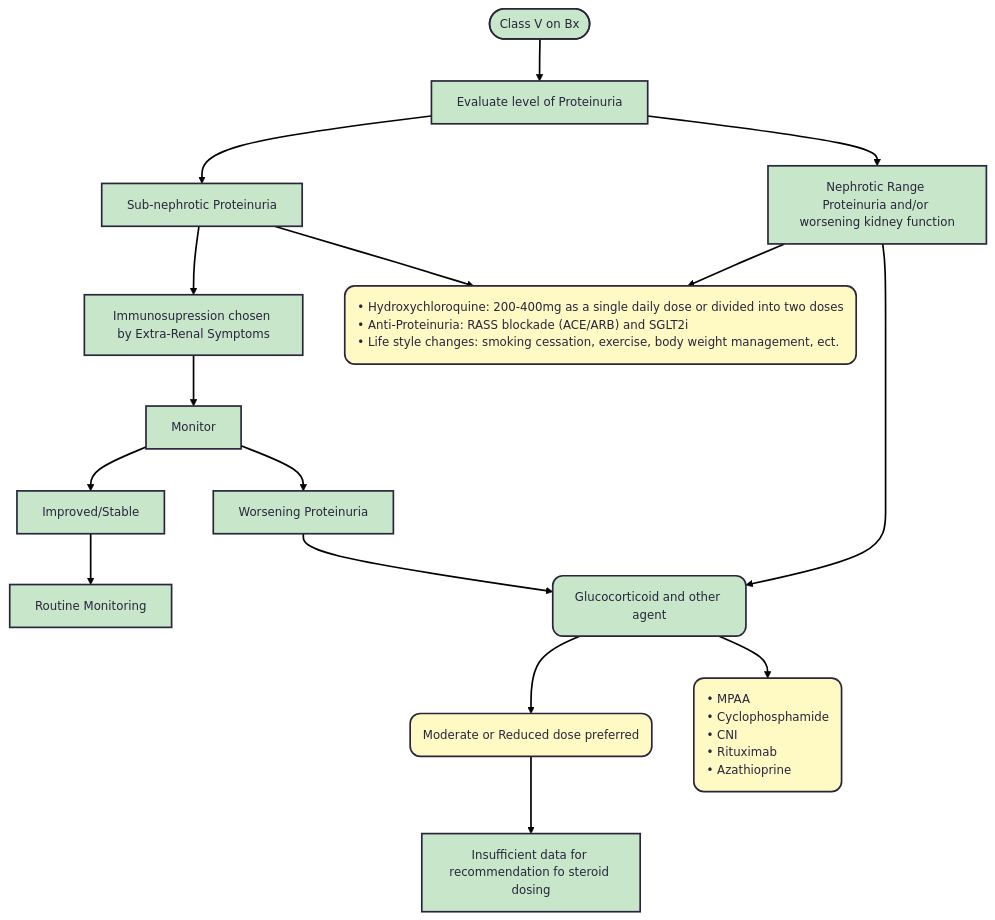
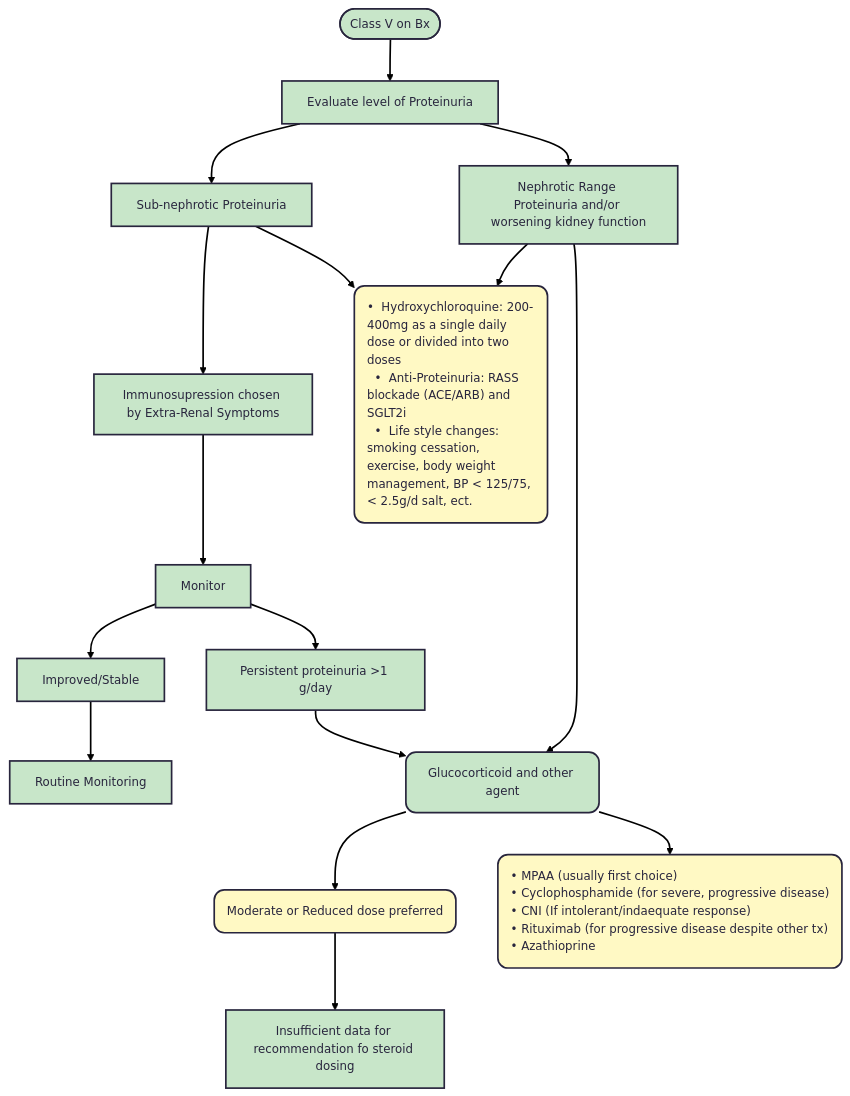
Before and after one commit to TTUNEPH2025/GN: the fourth of 4 diagrams in docs/Lupus.md, drawn with Mermaid.

````diff
--- a/docs/Lupus.md
+++ b/docs/Lupus.md
@@ -271,41 +271,41 @@
 ```mermaid
 ---
 config:
   theme: redux
 ---
 flowchart TB
     A(["Class V on Bx"]) --> n1["Evaluate level of Proteinuria"]
     n1 --> n2["Sub-nephrotic Proteinuria"] & n3["Nephrotic Range Proteinuria and/or worsening kidney function"]
     n2 --> n4["Immunosupression chosen by Extra-Renal Symptoms"] & n5["•  Hydroxychloroquine: 200-400mg as a single daily dose or divided into two doses
   •  Anti-Proteinuria: RASS blockade (ACE/ARB) and SGLT2i
-  •  Life style changes: smoking cessation, exercise, body weight management, ect."]
+  •  Life style changes: smoking cessation, exercise, body weight management, BP < 125/75, < 2.5g/d salt, ect."]
     n3 --> n5 & n6["Glucocorticoid and other agent"]
-    n6 --> n7["Moderate or Reduced dose preferred"] & n8["• MPAA
-    • Cyclophosphamide
-    • CNI
-    • Rituximab
+    n6 --> n7["Moderate or Reduced dose preferred"] & n8["• MPAA (usually first choice)
+    • Cyclophosphamide (for severe, progressive disease)
+    • CNI (If intolerant/indaequate response)
+    • Rituximab (for progressive disease despite other tx)
     • Azathioprine"]
     n4 --> n9["Monitor"]
-    n9 --> n10["Improved/Stable"] & n11["Worsening Proteinuria"]
+    n9 --> n10["Improved/Stable"] & n11["Persistent proteinuria >1 g/day"]
     n11 --> n6
     n10 --> n12["Routine Monitoring"]
     n7 --> n13["Insufficient data for recommendation fo steroid dosing"]
     n5@{ shape: rounded}
     n6@{ shape: rounded}
     n7@{ shape: rounded}
     n8@{ shape: rounded}
     style A fill:#C8E6C9
     style n1 fill:#C8E6C9
     style n2 fill:#C8E6C9
     style n3 fill:#C8E6C9
     style n4 fill:#C8E6C9
-    style n5 fill:#FFF9C4,text-align:left,white-space:nowrap
+    style n5 fill:#FFF9C4,text-align:left
     style n6 fill:#C8E6C9
     style n7 fill:#FFF9C4,text-align:left,white-space:nowrap
     style n8 fill:#FFF9C4,text-align:left,white-space:nowrap
     style n9 fill:#C8E6C9
     style n10 fill:#C8E6C9
     style n11 fill:#C8E6C9
     style n12 fill:#C8E6C9
     style n13 fill:#C8E6C9
 ```
````
